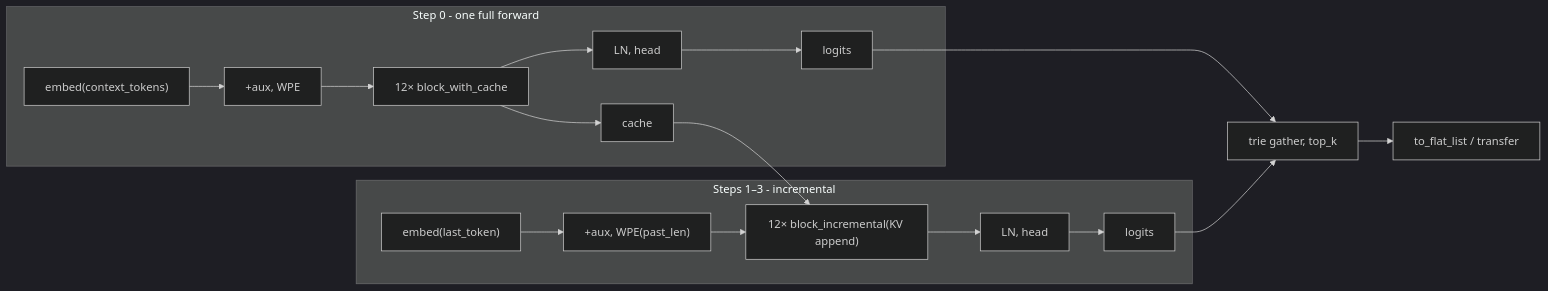
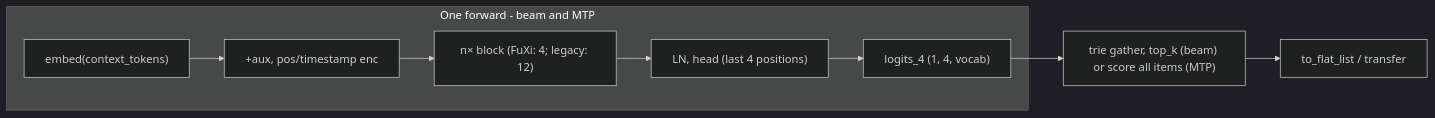
One commit to V-Sekai-archive/elixir-cold-recommendation changed the second of 2 diagrams in docs/features/65_latency_flow.md. Above: the diagram before and after it, drawn with Mermaid (dark theme). The commit also changed other lines of this file and 57 other files, not shown here.

````diff
--- a/docs/features/65_latency_flow.md
+++ b/docs/features/65_latency_flow.md
@@ -96,26 +85,14 @@
 ```mermaid
 flowchart LR
-  subgraph step0_gpu [Step 0 - one full forward]
+  subgraph one_forward_gpu [One forward - beam and MTP]
     E0["embed(context_tokens)"]
-    A0["+aux, WPE"]
-    B0["12× block_with_cache"]
-    L0["LN, head"]
+    A0["+aux, pos/timestamp enc"]
+    B0["n× block (FuXi: 4; legacy: 12)"]
+    L0["LN, head (last 4 positions)"]
     E0 --> A0 --> B0 --> L0
-    L0 --> Log0["logits"]
-    B0 --> Cache["cache"]
+    L0 --> Log4["logits_4 (1, 4, vocab)"]
   end
 
-  subgraph step123_gpu [Steps 1–3 - incremental]
-    E1["embed(last_token)"]
-    A1["+aux, WPE(past_len)"]
-    B1["12× block_incremental(KV append)"]
-    L1["LN, head"]
-    E1 --> A1 --> B1 --> L1
-    L1 --> Log1["logits"]
-    Cache --> B1
-  end
-
-  Log0 --> Trie["trie gather, top_k"]
-  Log1 --> Trie
+  Log4 --> Trie["trie gather, top_k (beam) or score all items (MTP)"]
   Trie --> Sync["to_flat_list / transfer"]
 ```
````
